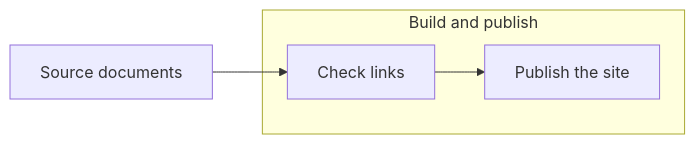
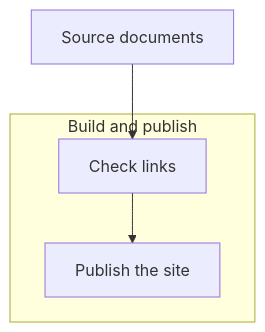
Before and after one commit to iand4096/docusaurusportfolio: the diagram in docs/implementation-details/diagram-figure.mdx, drawn with Mermaid. The commit also changed other lines of this file and 13 other files, not shown here.

Commit message:
Restore Mermaid note buttons and collapsible heading navigation

````diff
--- a/docs/implementation-details/diagram-figure.mdx
+++ b/docs/implementation-details/diagram-figure.mdx
@@ -65,13 +70,13 @@
 ```mermaid
-flowchart LR
+flowchart TB
   accTitle: Documentation publishing
   accDescr {
     Source documents enter a build that checks links before the site is published.
   }
   Docs["Source documents"] --> Check
   subgraph BUILD["Build and publish"]
     Check["Check links"] --> Publish["Publish the site"]
   end
   class Docs input;
   class Check,Publish process;
 ```
````
